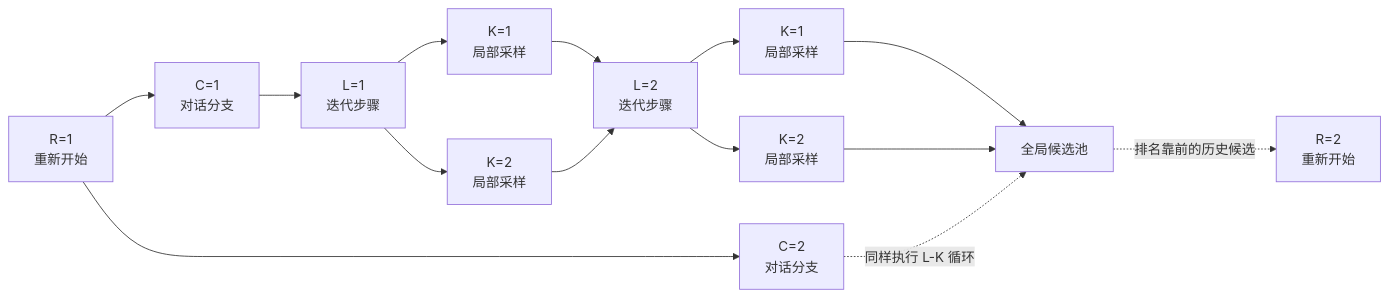
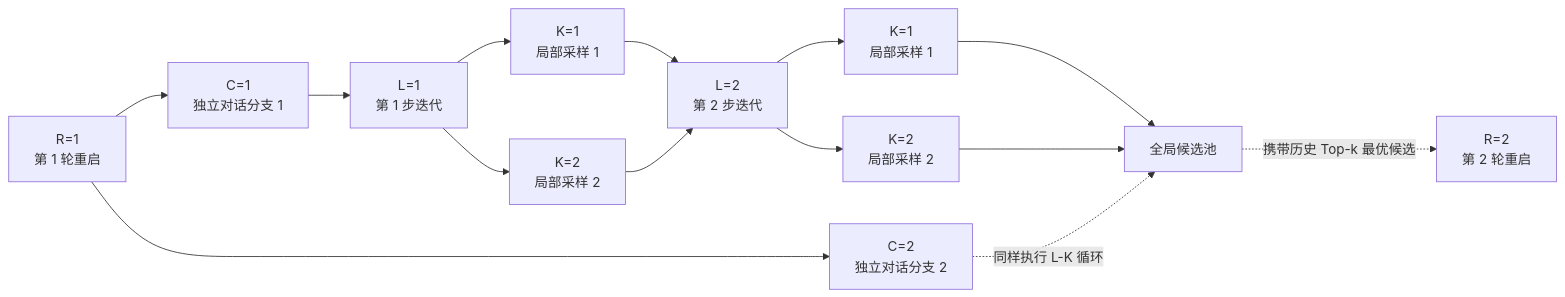
Before and after one commit to fhydralisk/ASTRAL: the second of 4 diagrams in docs/agent.md, drawn with Mermaid. The commit also changed other lines of this file and 25 other files, not shown here.

````diff
--- a/docs/agent.md
+++ b/docs/agent.md
@@ -47,18 +50,18 @@
 ```mermaid
 flowchart LR
-    R1["R=1<br/>重新开始"] --> C11["C=1<br/>对话分支"]
-    R1 --> C12["C=2<br/>对话分支"]
+    R1["R=1<br/>第 1 轮重启"] --> C11["C=1<br/>独立对话分支 1"]
+    R1 --> C12["C=2<br/>独立对话分支 2"]
 
-    C11 --> L111["L=1<br/>迭代步骤"]
-    L111 --> K1111["K=1<br/>局部采样"]
-    L111 --> K1112["K=2<br/>局部采样"]
-    K1111 --> L112["L=2<br/>迭代步骤"]
+    C11 --> L111["L=1<br/>第 1 步迭代"]
+    L111 --> K1111["K=1<br/>局部采样 1"]
+    L111 --> K1112["K=2<br/>局部采样 2"]
+    K1111 --> L112["L=2<br/>第 2 步迭代"]
     K1112 --> L112
-    L112 --> K1121["K=1<br/>局部采样"]
-    L112 --> K1122["K=2<br/>局部采样"]
+    L112 --> K1121["K=1<br/>局部采样 1"]
+    L112 --> K1122["K=2<br/>局部采样 2"]
 
     K1121 --> P[全局候选池]
     K1122 --> P
     C12 -. 同样执行 L-K 循环 .-> P
-    P -. 排名靠前的历史候选 .-> R2["R=2<br/>重新开始"]
+    P -. 携带历史 Top-k 最优候选 .-> R2["R=2<br/>第 2 轮重启"]
 ```
````
